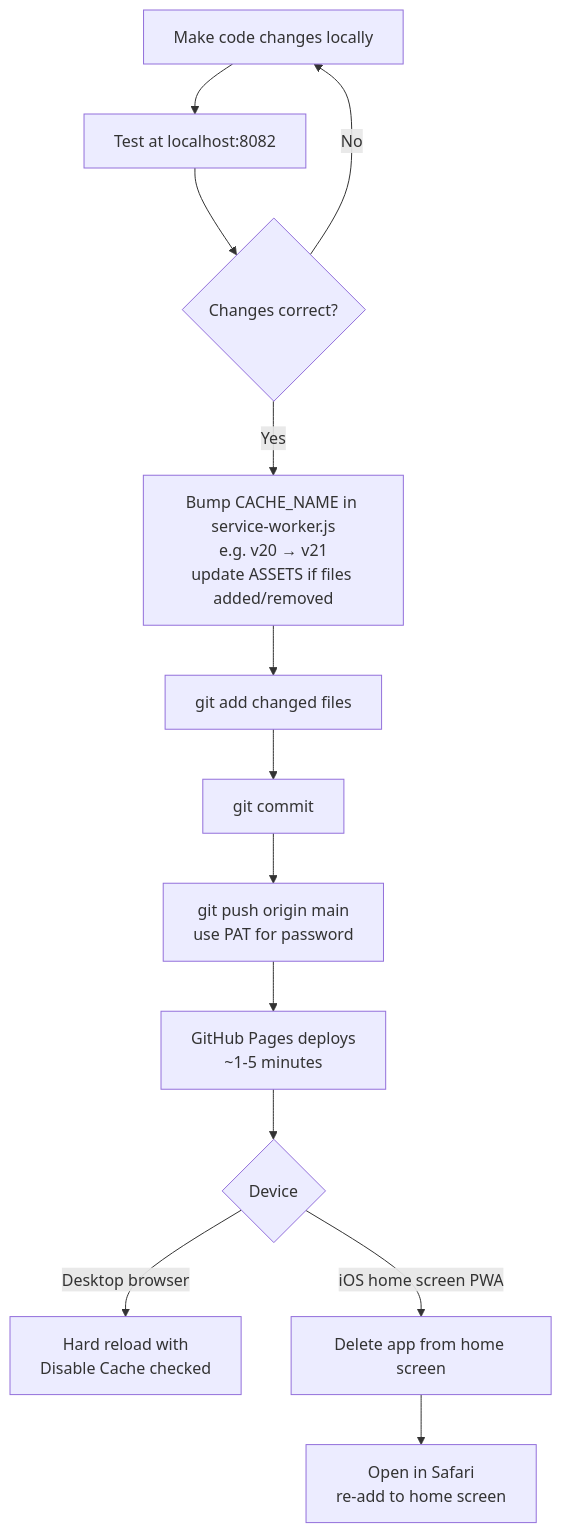
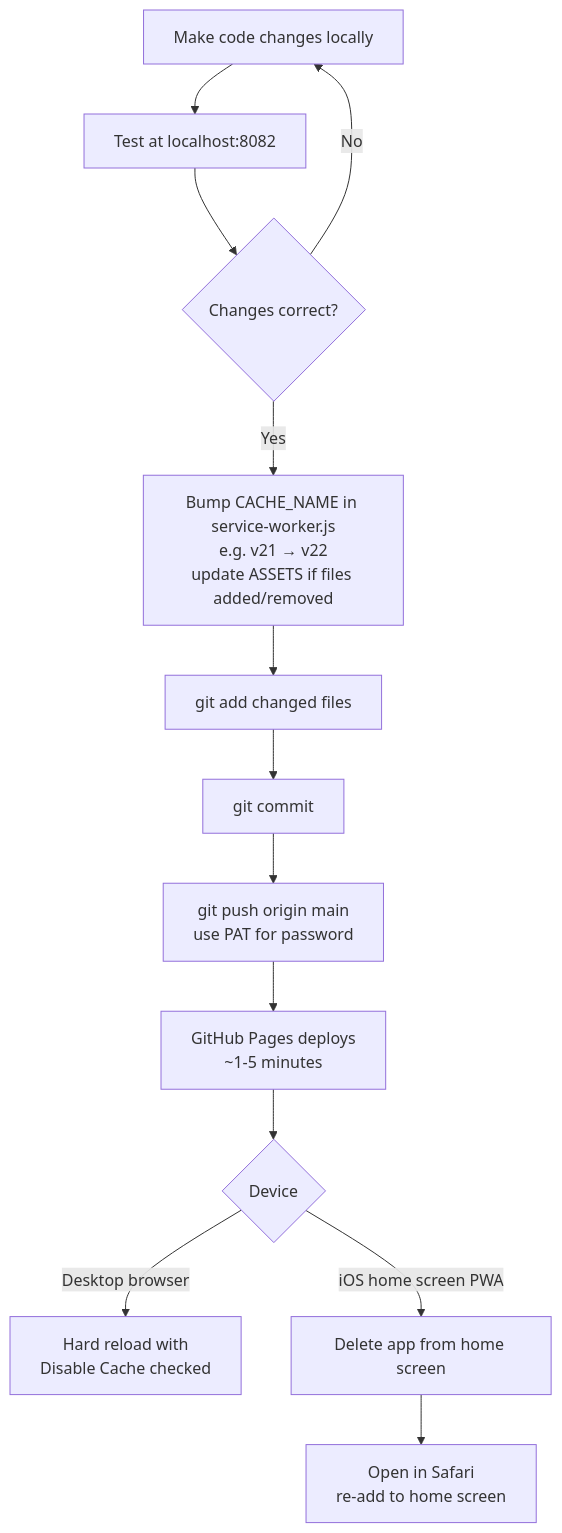
Before and after one commit to reidrussell-alt/plate-log: the eighth of 8 diagrams in ARCHITECTURE.md, drawn with Mermaid. The commit also changed other lines of this file and 10 other files, not shown here.

````diff
--- a/ARCHITECTURE.md
+++ b/ARCHITECTURE.md
@@ -471,15 +471,15 @@
 ```mermaid
 flowchart TD
     A[Make code changes locally] --> B[Test at localhost:8082]
     B --> C{Changes correct?}
     C -->|No| A
-    C -->|Yes| D[Bump CACHE_NAME in service-worker.js\ne.g. v20 → v21\nupdate ASSETS if files added/removed]
+    C -->|Yes| D[Bump CACHE_NAME in service-worker.js\ne.g. v21 → v22\nupdate ASSETS if files added/removed]
     D --> E[git add changed files]
     E --> F[git commit]
     F --> G[git push origin main\nuse PAT for password]
     G --> H[GitHub Pages deploys\n~1-5 minutes]
     H --> I{Device}
     I -->|Desktop browser| J[Hard reload with\nDisable Cache checked]
     I -->|iOS home screen PWA| K[Delete app from home screen]
     K --> L[Open in Safari\nre-add to home screen]
 ```
````
